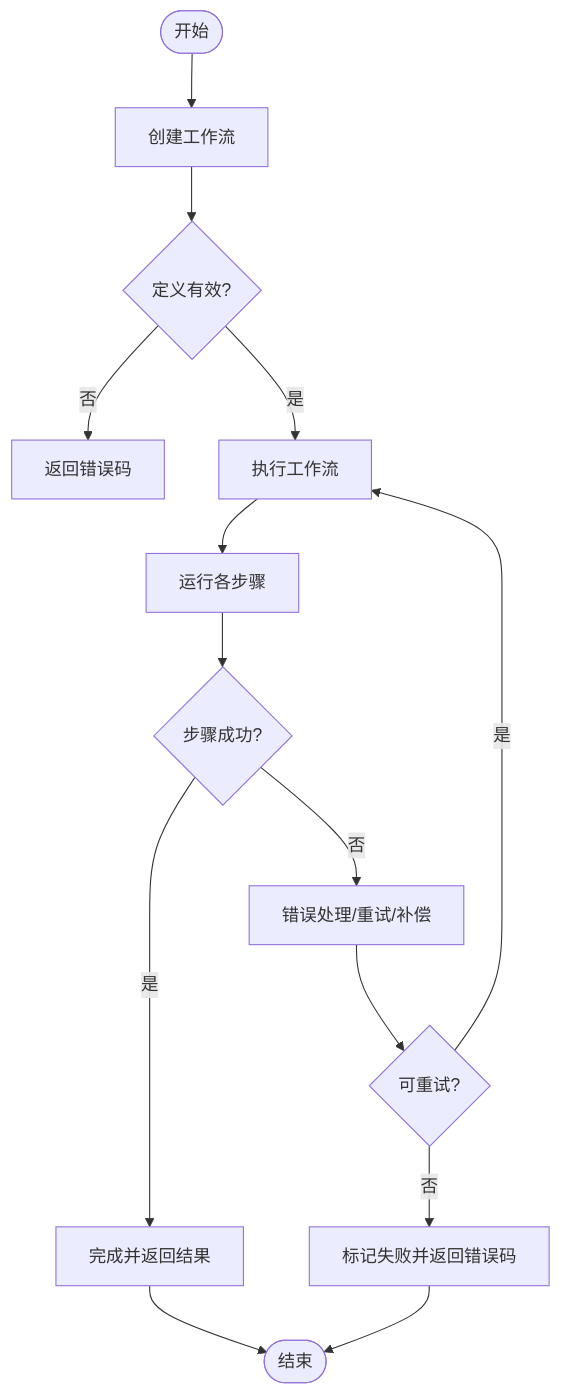
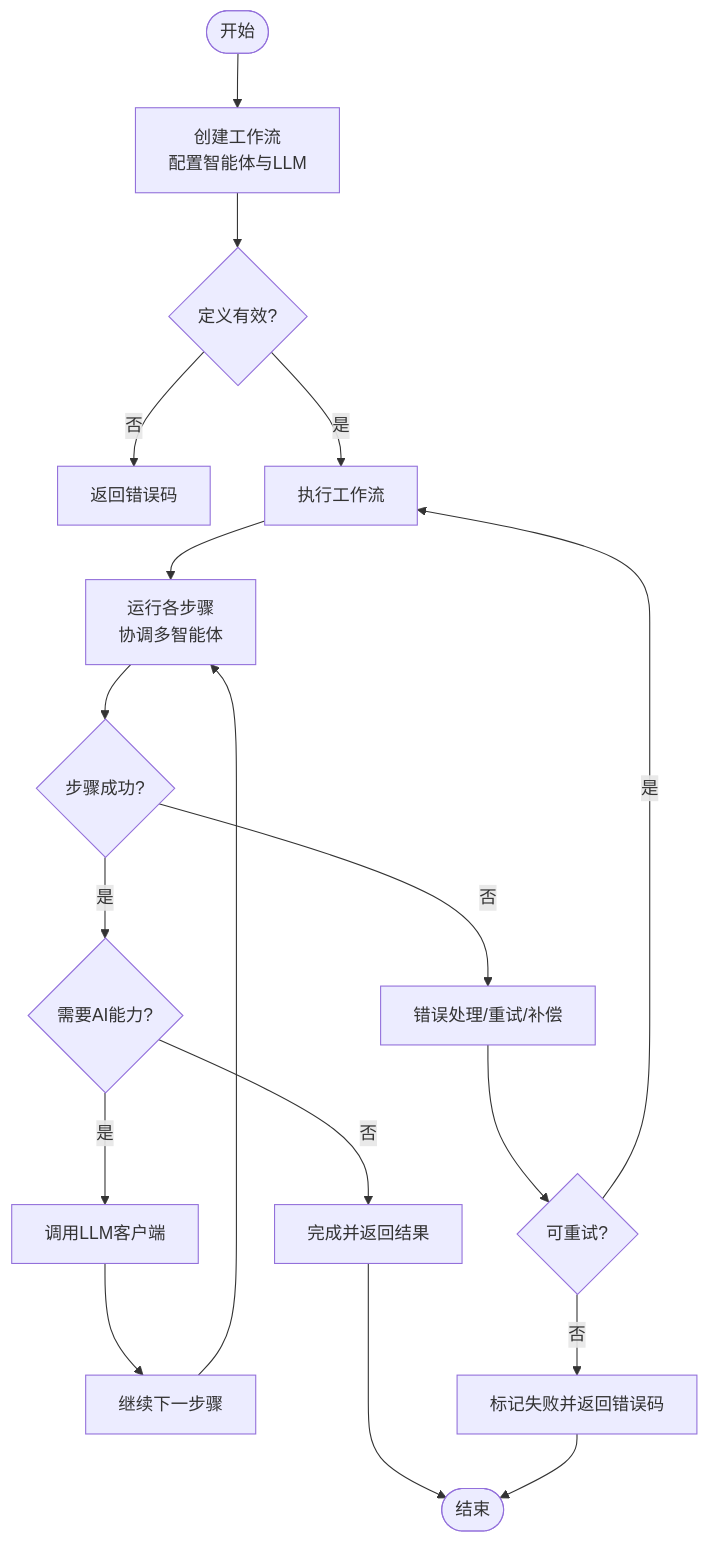
Before and after one commit to QuStarry/VIB-SparseCommunication: the sixth of 7 diagrams in .qoder/repowiki/zh/content/API参考文档/API参考文档.md, drawn with Mermaid. The commit also changed other lines of this file and 28 other files, not shown here.

````diff
--- a/.qoder/repowiki/zh/content/API参考文档/API参考文档.md
+++ b/.qoder/repowiki/zh/content/API参考文档/API参考文档.md
@@ -287,16 +411,20 @@
 ```mermaid
 flowchart TD
-Start(["开始"]) --> Create["创建工作流"]
+Start(["开始"]) --> Create["创建工作流<br/>配置智能体与LLM"]
 Create --> Validate{"定义有效?"}
 Validate --> |否| Error["返回错误码"]
 Validate --> |是| Exec["执行工作流"]
-Exec --> StepRun["运行各步骤"]
+Exec --> StepRun["运行各步骤<br/>协调多智能体"]
 StepRun --> CheckErr{"步骤成功?"}
 CheckErr --> |否| HandleErr["错误处理/重试/补偿"]
-CheckErr --> |是| Complete["完成并返回结果"]
+CheckErr --> |是| LLMCall{"需要AI能力?"}
+LLMCall --> |是| AICall["调用LLM客户端"]
+LLMCall --> |否| Complete["完成并返回结果"]
+AICall --> NextStep["继续下一步骤"]
+NextStep --> StepRun
 HandleErr --> Retry{"可重试?"}
 Retry --> |是| Exec
 Retry --> |否| Fail["标记失败并返回错误码"]
 Complete --> End(["结束"])
 Fail --> End
 ```
````
